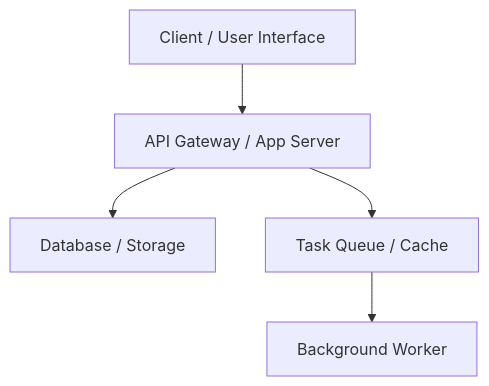
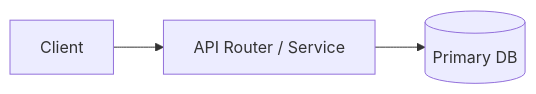
The diagram in plugins/antigravity/python-backend/skills/design-spec-expert/references/sdd-template.md (jggomez/expert-ai-developer-skills), drawn with Mermaid before and after one commit. The commit also changed other lines of this file and 78 other files, not shown here.

````diff
--- a/plugins/antigravity/python-backend/skills/design-spec-expert/references/sdd-template.md
+++ b/plugins/antigravity/python-backend/skills/design-spec-expert/references/sdd-template.md
@@ -27,7 +12,5 @@
 ```mermaid
-graph TD
-    Client["Client / User Interface"] --> API["API Gateway / App Server"]
-    API --> DB["Database / Storage"]
-    API --> Queue["Task Queue / Cache"]
-    Queue --> Worker["Background Worker"]
+flowchart LR
+    Client["Client"] --> API["API Router / Service"]
+    API --> DB[("Primary DB")]
 ```
````
